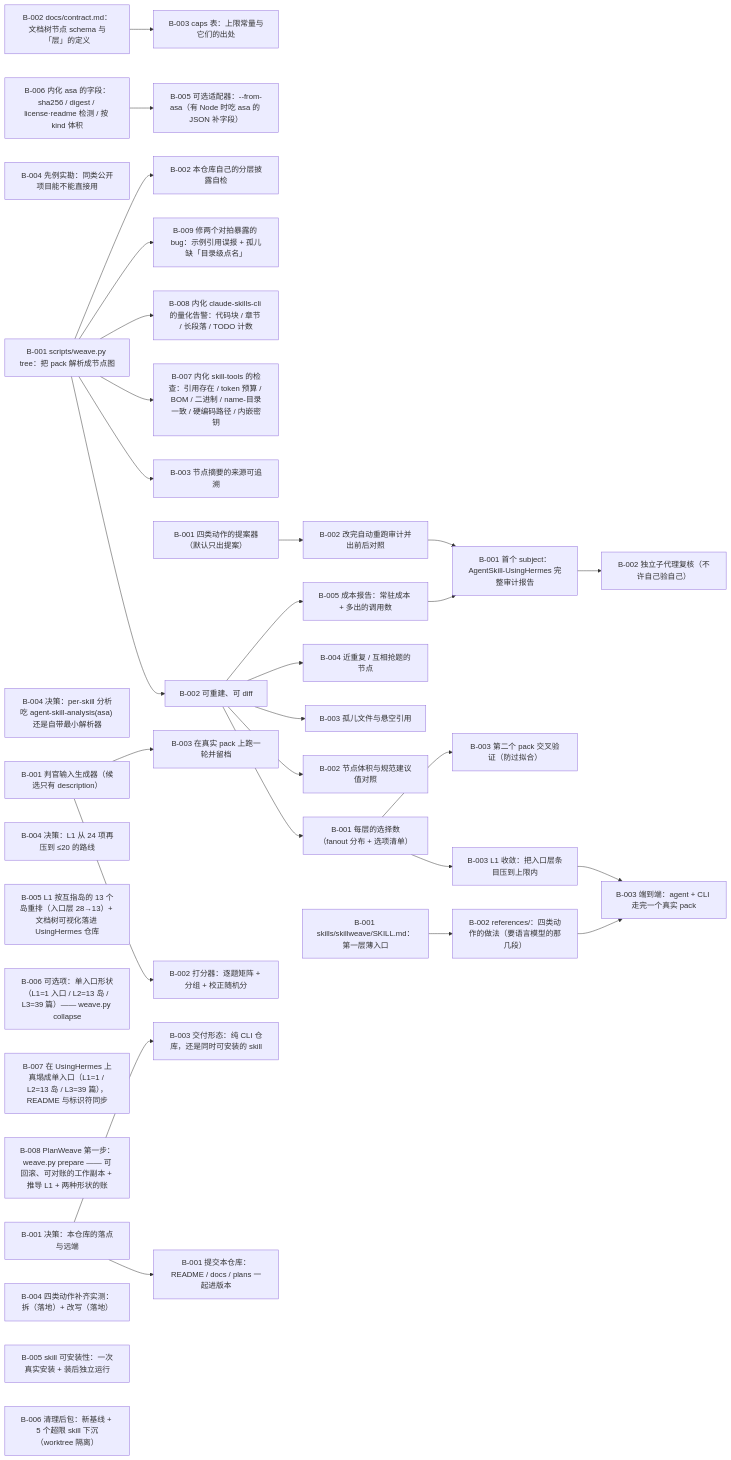
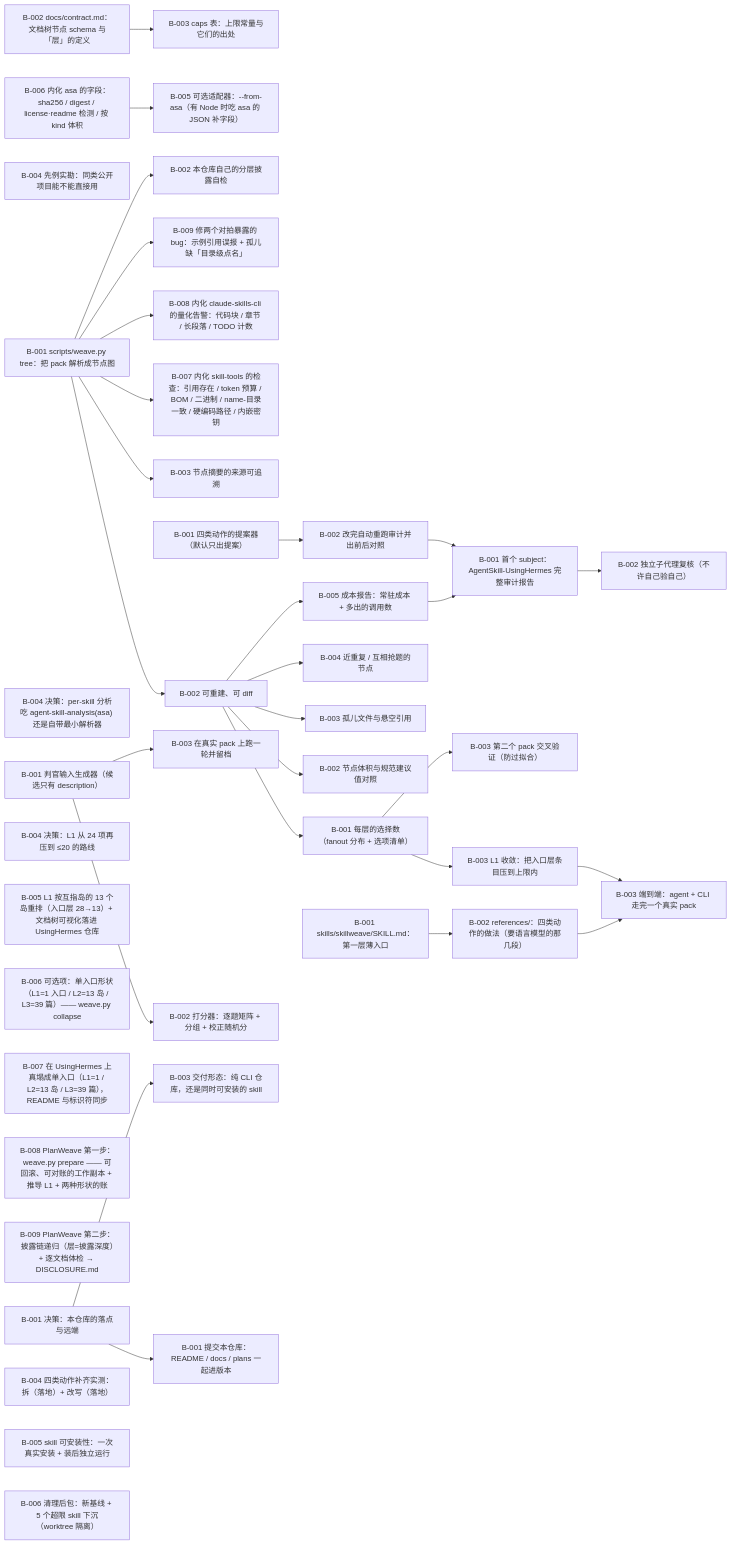
One commit to flmaximwang/SkillWeave changed the diagram in plans/skillweave/PLAN.md. Above: the diagram before and after it, drawn with Mermaid. The commit also changed other lines of this file and 3 other files, not shown here.

Commit message:
plan: PlanWeave 第二步（披露链递归 + 逐文档体检）落账

````diff
--- a/plans/skillweave/PLAN.md
+++ b/plans/skillweave/PLAN.md
@@ -15,74 +15,75 @@
 ```mermaid
 flowchart LR
   T-001_B-001["B-001 决策：本仓库的落点与远端"]
   T-001_B-002["B-002 docs/contract.md：文档树节点 schema 与「层」的定义"]
   T-001_B-003["B-003 caps 表：上限常量与它们的出处"]
   T-001_B-004["B-004 先例实勘：同类公开项目能不能直接用"]
   T-002_B-001["B-001 scripts/weave.py tree：把 pack 解析成节点图"]
   T-002_B-002["B-002 可重建、可 diff"]
   T-002_B-003["B-003 节点摘要的来源可追溯"]
   T-002_B-004["B-004 决策：per-skill 分析吃 agent-skill-analysis(asa) 还是自带最小解析器"]
   T-002_B-005["B-005 可选适配器：--from-asa（有 Node 时吃 asa 的 JSON 补字段）"]
   T-003_B-001["B-001 每层的选择数（fanout 分布 + 选项清单）"]
   T-003_B-002["B-002 节点体积与规范建议值对照"]
   T-003_B-003["B-003 孤儿文件与悬空引用"]
   T-003_B-004["B-004 近重复 / 互相抢题的节点"]
   T-003_B-005["B-005 成本报告：常驻成本 + 多出的调用数"]
   T-003_B-006["B-006 内化 asa 的字段：sha256 / digest / license·readme 检测 / 按 kind 体积"]
   T-003_B-007["B-007 内化 skill-tools 的检查：引用存在 / token 预算 / BOM / 二进制 / name-目录一致 / 硬编码路径 / 内嵌密钥"]
   T-003_B-008["B-008 内化 claude-skills-cli 的量化告警：代码块 / 章节 / 长段落 / TODO 计数"]
   T-003_B-009["B-009 修两个对拍暴露的 bug：示例引用误报 + 孤儿缺「目录级点名」"]
   T-004_B-001["B-001 四类动作的提案器（默认只出提案）"]
   T-004_B-002["B-002 改完自动重跑审计并出前后对照"]
   T-004_B-003["B-003 L1 收敛：把入口层条目压到上限内"]
   T-004_B-004["B-004 决策：L1 从 24 项再压到 ≤20 的路线"]
   T-004_B-005["B-005 L1 按互指岛的 13 个岛重排（入口层 28→13）+ 文档树可视化落进 UsingHermes 仓库"]
   T-004_B-006["B-006 可选项：单入口形状（L1=1 入口 / L2=13 岛 / L3=39 篇）—— weave.py collapse"]
   T-004_B-007["B-007 在 UsingHermes 上真塌成单入口（L1=1 / L2=13 岛 / L3=39 篇），README 与标识符同步"]
   T-004_B-008["B-008 PlanWeave 第一步：weave.py prepare —— 可回滚、可对账的工作副本 + 推导 L1 + 两种形状的账"]
+  T-004_B-009["B-009 PlanWeave 第二步：披露链递归（层=披露深度）+ 逐文档体检 → DISCLOSURE.md"]
   T-005_B-001["B-001 判官输入生成器（候选只有 description）"]
   T-005_B-002["B-002 打分器：逐题矩阵 + 分组 + 校正随机分"]
   T-005_B-003["B-003 在真实 pack 上跑一轮并留档"]
   T-006_B-001["B-001 首个 subject：AgentSkill-UsingHermes 完整审计报告"]
   T-006_B-002["B-002 独立子代理复核（不许自己验自己）"]
   T-006_B-003["B-003 第二个 pack 交叉验证（防过拟合）"]
   T-007_B-001["B-001 提交本仓库：README / docs / plans 一起进版本"]
   T-007_B-002["B-002 本仓库自己的分层披露自检"]
   T-007_B-003["B-003 交付形态：纯 CLI 仓库，还是同时可安装的 skill"]
   T-008_B-001["B-001 skills/skillweave/SKILL.md：第一层薄入口"]
   T-008_B-002["B-002 references/：四类动作的做法（要语言模型的那几段）"]
   T-008_B-003["B-003 端到端：agent + CLI 走完一个真实 pack"]
   T-008_B-004["B-004 四类动作补齐实测：拆（落地）+ 改写（落地）"]
   T-008_B-005["B-005 skill 可安装性：一次真实安装 + 装后独立运行"]
   T-008_B-006["B-006 清理后包：新基线 + 5 个超限 skill 下沉（worktree 隔离）"]
   T-001_B-002 --> T-001_B-003
   T-002_B-001 --> T-002_B-002
   T-002_B-001 --> T-002_B-003
   T-003_B-006 --> T-002_B-005
   T-002_B-002 --> T-003_B-001
   T-002_B-002 --> T-003_B-002
   T-002_B-002 --> T-003_B-003
   T-002_B-002 --> T-003_B-004
   T-002_B-002 --> T-003_B-005
   T-002_B-001 --> T-003_B-007
   T-002_B-001 --> T-003_B-008
   T-002_B-001 --> T-003_B-009
   T-004_B-001 --> T-004_B-002
   T-003_B-001 --> T-004_B-003
   T-005_B-001 --> T-005_B-002
   T-005_B-001 --> T-005_B-003
   T-003_B-005 --> T-006_B-001
   T-004_B-002 --> T-006_B-001
   T-006_B-001 --> T-006_B-002
   T-003_B-001 --> T-006_B-003
   T-001_B-001 --> T-007_B-001
   T-002_B-001 --> T-007_B-002
   T-001_B-001 --> T-007_B-003
   T-008_B-001 --> T-008_B-002
   T-008_B-002 --> T-008_B-003
   T-004_B-003 --> T-008_B-003
   classDef done stroke-width:1px;
-  class T-001_B-001,T-001_B-002,T-001_B-003,T-001_B-004,T-002_B-001,T-002_B-002,T-002_B-003,T-002_B-004,T-003_B-001,T-003_B-002,T-003_B-003,T-003_B-004,T-003_B-005,T-003_B-006,T-003_B-007,T-003_B-008,T-003_B-009,T-004_B-001,T-004_B-002,T-004_B-003,T-004_B-004,T-004_B-005,T-004_B-006,T-004_B-007,T-004_B-008,T-005_B-001,T-005_B-002,T-005_B-003,T-006_B-001,T-006_B-002,T-006_B-003,T-007_B-001,T-007_B-002,T-007_B-003,T-008_B-001,T-008_B-002,T-008_B-003,T-008_B-004,T-008_B-005,T-008_B-006 done;
+  class T-001_B-001,T-001_B-002,T-001_B-003,T-001_B-004,T-002_B-001,T-002_B-002,T-002_B-003,T-002_B-004,T-003_B-001,T-003_B-002,T-003_B-003,T-003_B-004,T-003_B-005,T-003_B-006,T-003_B-007,T-003_B-008,T-003_B-009,T-004_B-001,T-004_B-002,T-004_B-003,T-004_B-004,T-004_B-005,T-004_B-006,T-004_B-007,T-004_B-008,T-004_B-009,T-005_B-001,T-005_B-002,T-005_B-003,T-006_B-001,T-006_B-002,T-006_B-003,T-007_B-001,T-007_B-002,T-007_B-003,T-008_B-001,T-008_B-002,T-008_B-003,T-008_B-004,T-008_B-005,T-008_B-006 done;
   classDef cancelled stroke-width:1px;
   class T-002_B-005 cancelled;
 ```
````
